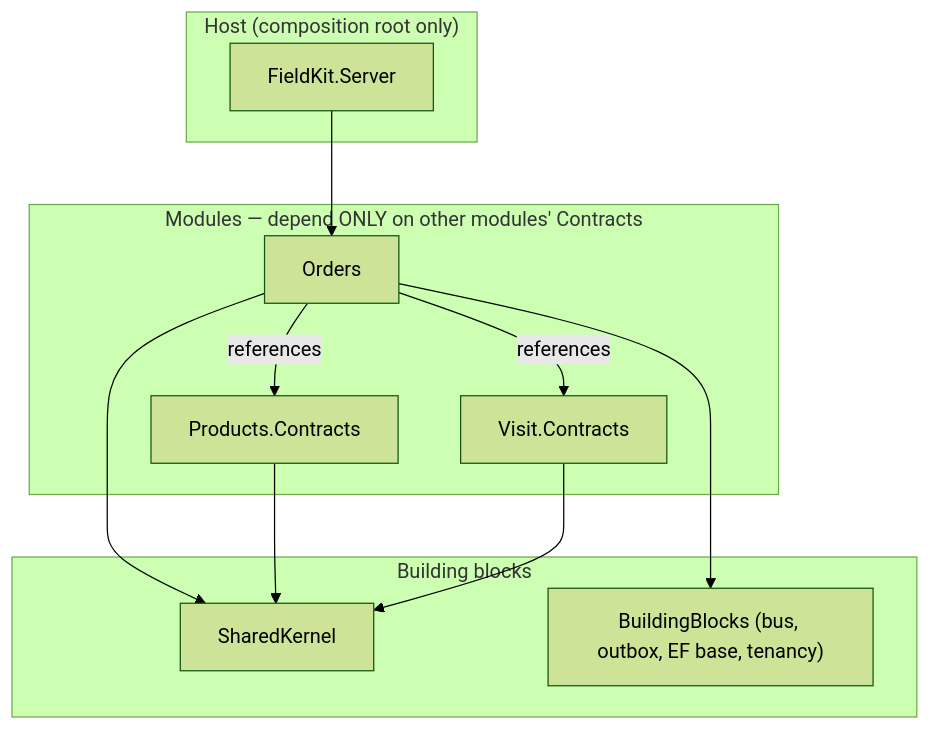
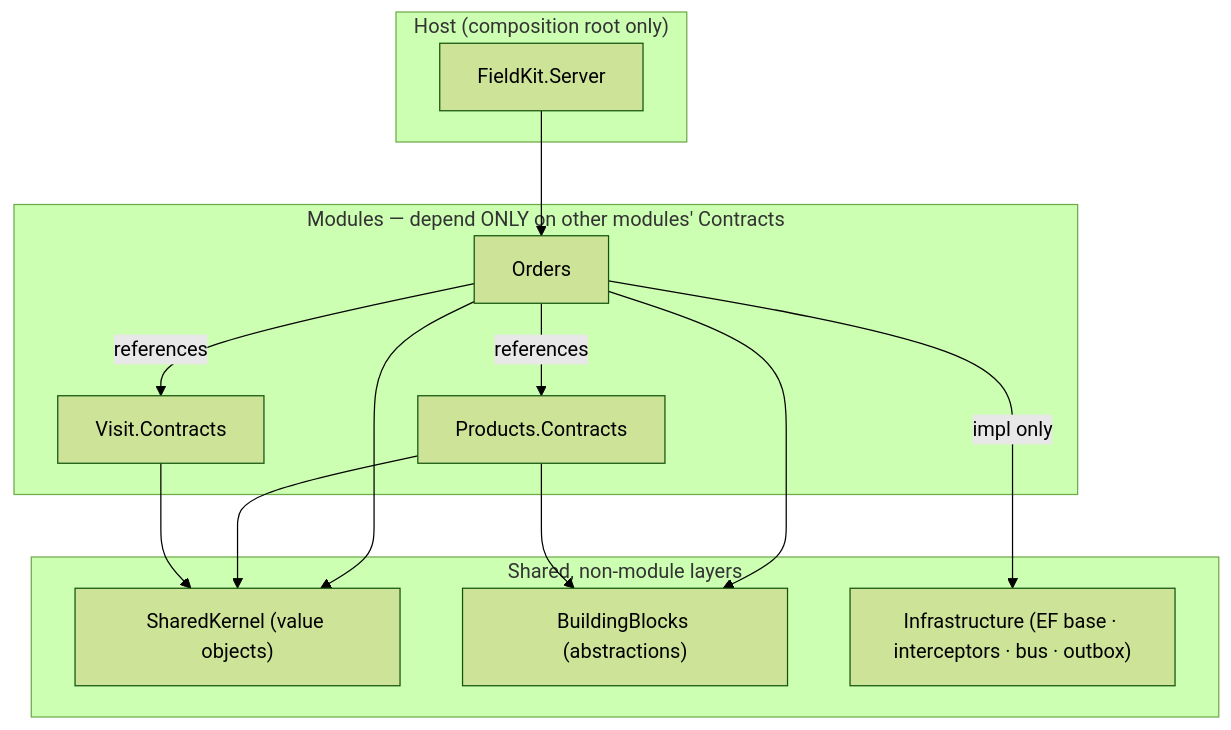
The first of 2 diagrams in docs/architecture/10-module-boundaries.md (Tibirot/FieldKit), drawn with Mermaid (forest theme) before and after one commit. The commit also changed other lines of this file and 17 other files, not shown here.

First line of the commit message:
feat(infrastructure): EF persistence base — schema-per-module, tenancy, auditing (#3)

````diff
--- a/docs/architecture/10-module-boundaries.md
+++ b/docs/architecture/10-module-boundaries.md
@@ -49,23 +49,26 @@
 ```mermaid
 flowchart TB
   subgraph host["Host (composition root only)"]
     H["FieldKit.Server"]
   end
   subgraph mods["Modules — depend ONLY on other modules' Contracts"]
     O["Orders"]
     P["Products.Contracts"]
     V["Visit.Contracts"]
   end
-  subgraph bb["Building blocks"]
-    SK["SharedKernel"]
-    INF["BuildingBlocks (bus, outbox, EF base, tenancy)"]
+  subgraph bb["Shared, non-module layers"]
+    SK["SharedKernel (value objects)"]
+    BB["BuildingBlocks (abstractions)"]
+    INF["Infrastructure (EF base · interceptors · bus · outbox)"]
   end
 
   H --> O
   O -->|references| P
   O -->|references| V
   O --> SK
-  O --> INF
+  O --> BB
+  O -->|impl only| INF
   P --> SK
+  P --> BB
   V --> SK
 ```
````
